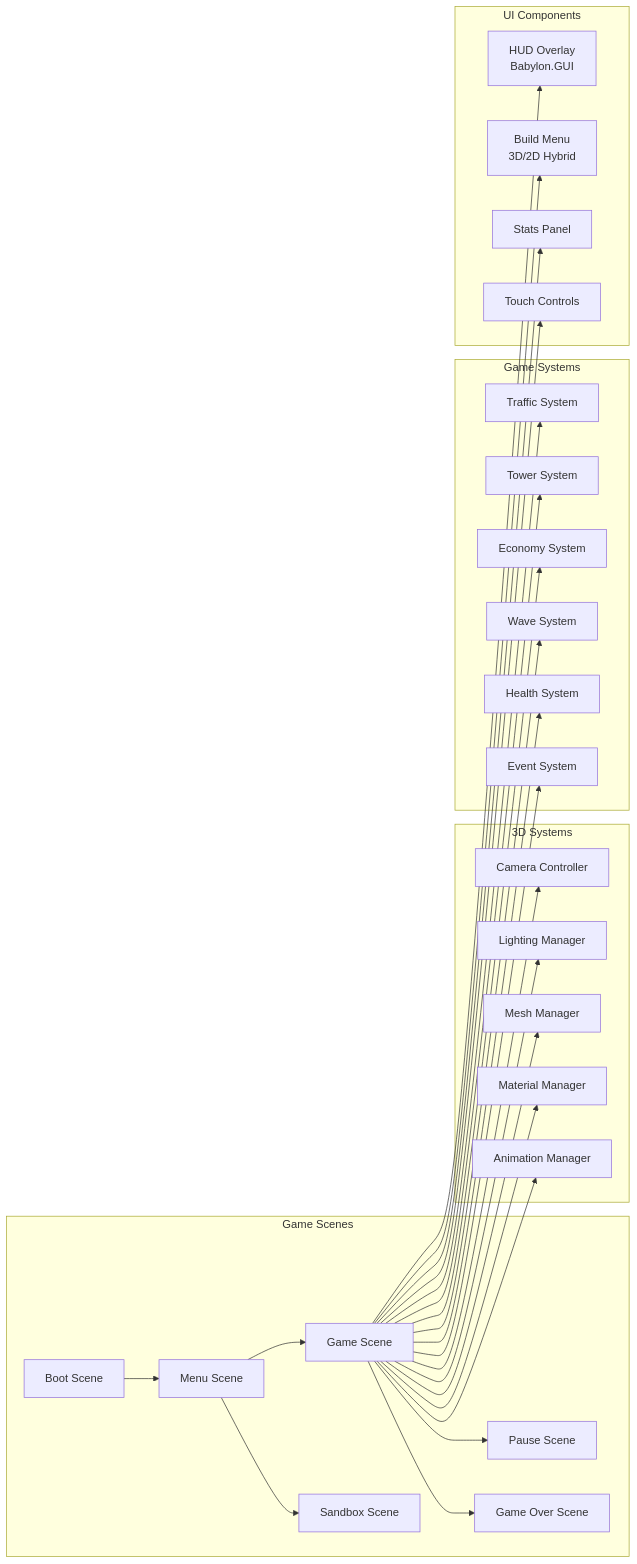
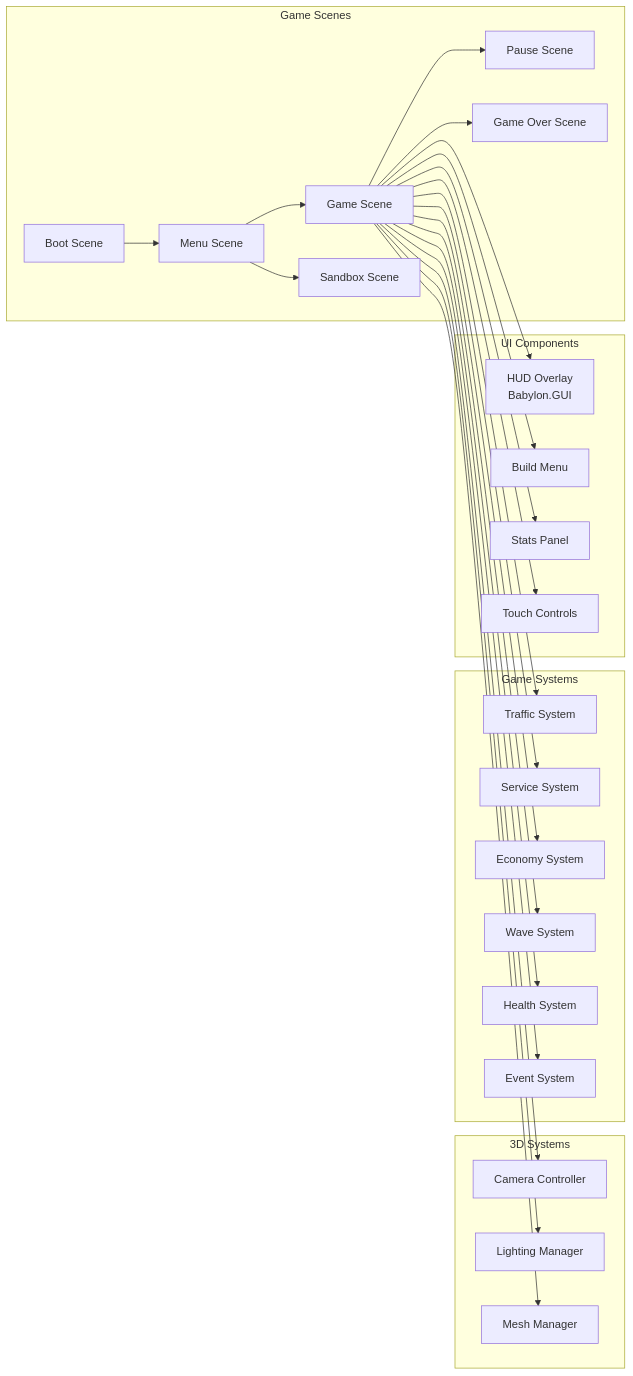
One commit to stansz/sz_server_survival changed the second of 2 diagrams in plans/architecture-plan-3d.md. Above: the diagram before and after it, drawn with Mermaid. The commit also changed other lines of this file, not shown here.

````diff
--- a/plans/architecture-plan-3d.md
+++ b/plans/architecture-plan-3d.md
@@ -163,56 +119,52 @@
 ```mermaid
 graph LR
     subgraph "Game Scenes"
         Boot[Boot Scene]
         Menu[Menu Scene]
         Game[Game Scene]
         Pause[Pause Scene]
         GameOver[Game Over Scene]
         Sandbox[Sandbox Scene]
     end
     
     subgraph "3D Systems"
         Camera3D[Camera Controller]
         Lighting3D[Lighting Manager]
         Mesh3D[Mesh Manager]
-        Material3D[Material Manager]
-        Animation3D[Animation Manager]
     end
     
     subgraph "Game Systems"
         Traffic[Traffic System]
-        Tower[Tower System]
+        Service[Service System]
         Economy[Economy System]
         Wave[Wave System]
         Health[Health System]
         Event[Event System]
     end
     
     subgraph "UI Components"
         HUD[HUD Overlay<br/>Babylon.GUI]
-        BuildMenu[Build Menu<br/>3D/2D Hybrid]
+        BuildMenu[Build Menu]
         Stats[Stats Panel]
         Controls[Touch Controls]
     end
     
     Boot --> Menu
     Menu --> Game
     Menu --> Sandbox
     Game --> Pause
     Game --> GameOver
     Game --> Camera3D
     Game --> Lighting3D
     Game --> Mesh3D
-    Game --> Material3D
-    Game --> Animation3D
     Game --> Traffic
-    Game --> Tower
+    Game --> Service
     Game --> Economy
     Game --> Wave
     Game --> Health
     Game --> Event
     Game --> HUD
     Game --> BuildMenu
     Game --> Stats
     Game --> Controls
 ```
````
